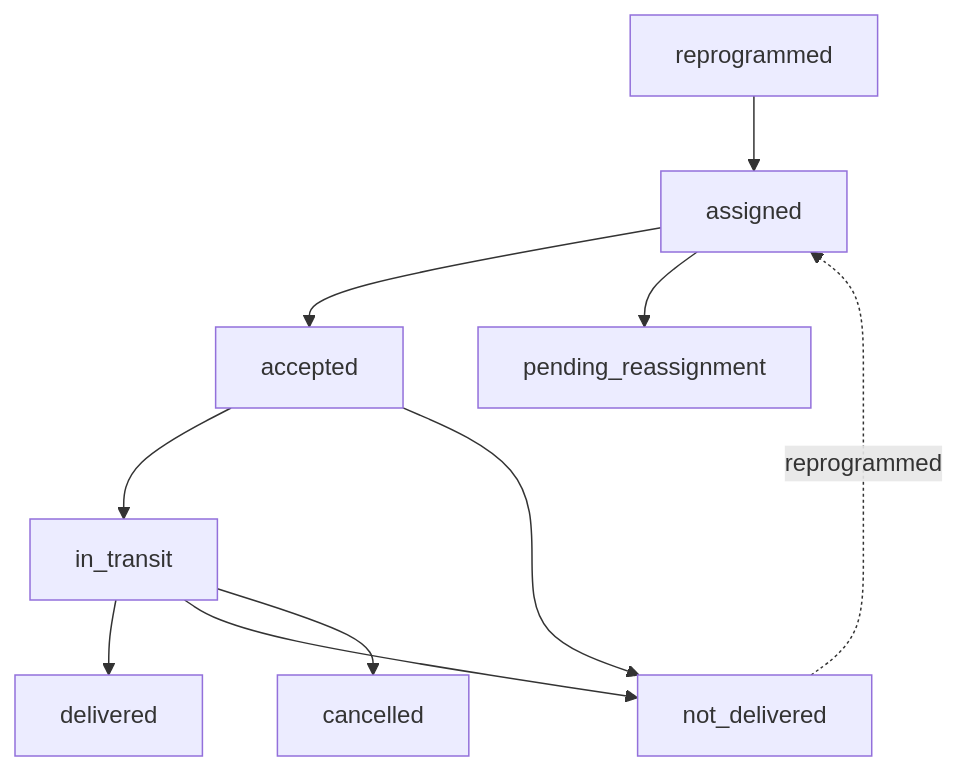
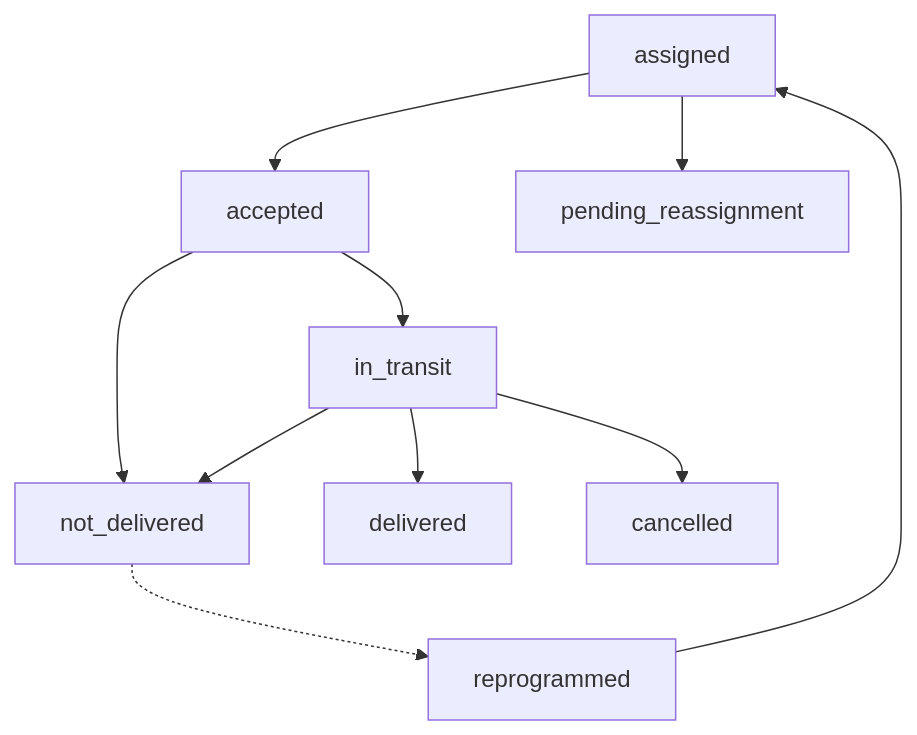
The diagram in features/courier/delivery-flow.mdx (mintlify-atlas/docs-atlas-72e8bcd0), drawn with Mermaid before and after one commit. The commit also changed 25 other files, not shown here.

````diff
--- a/features/courier/delivery-flow.mdx
+++ b/features/courier/delivery-flow.mdx
@@ -11,12 +11,12 @@
 ```mermaid
 graph TD
   A[assigned] --> B[accepted]
   A --> C[pending_reassignment]
   B --> D[in_transit]
   B --> E[not_delivered]
   D --> F[delivered]
   D --> E
   D --> G[cancelled]
-  E -.->|reprogrammed| A
-  H[reprogrammed] --> A
+  E -.-> H[reprogrammed]
+  H --> A
 ```
````
